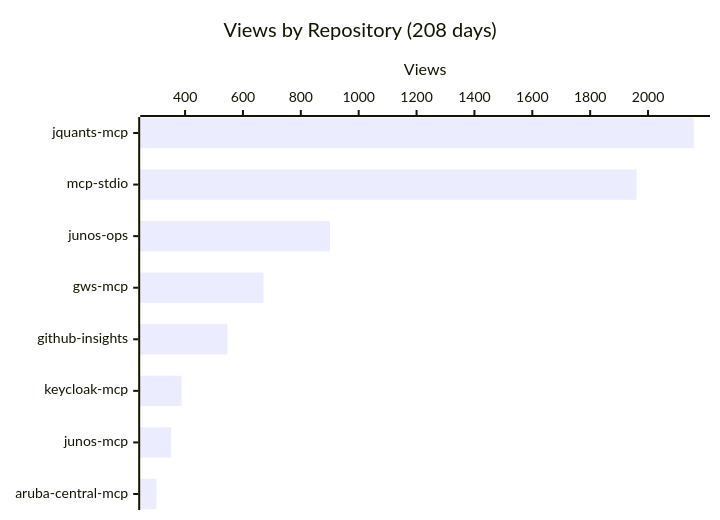
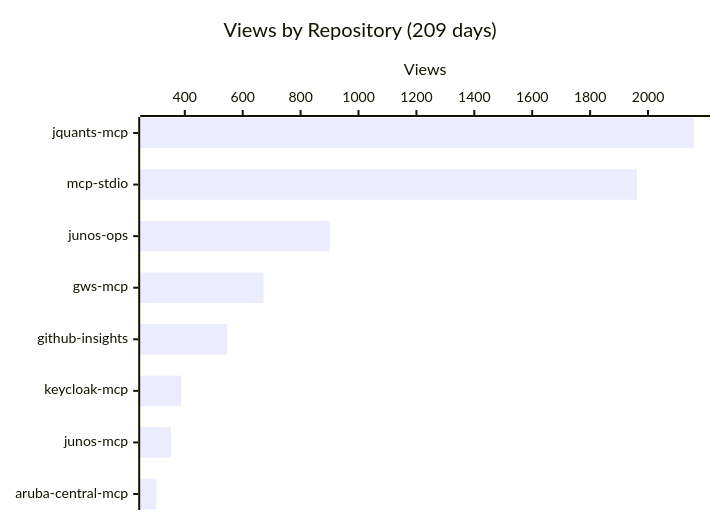
One commit to shigechika/github-insights changed the first of 4 diagrams in README.md. Above: the diagram before and after it, drawn with Mermaid. The commit also changed other lines of this file and 2 other files, not shown here.

````diff
--- a/README.md
+++ b/README.md
@@ -18,7 +18,7 @@
 ```mermaid
 xychart-beta horizontal
-    title "Views by Repository (208 days)"
+    title "Views by Repository (209 days)"
     x-axis ["jquants-mcp", "mcp-stdio", "junos-ops", "gws-mcp", "github-insights", "keycloak-mcp", "junos-mcp", "aruba-central-mcp"]
     y-axis "Views"
-    bar [2158, 1960, 901, 671, 546, 388, 352, 301]
+    bar [2158, 1962, 901, 672, 546, 388, 352, 302]
 ```
````
